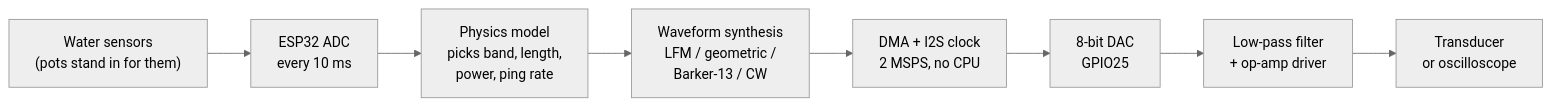
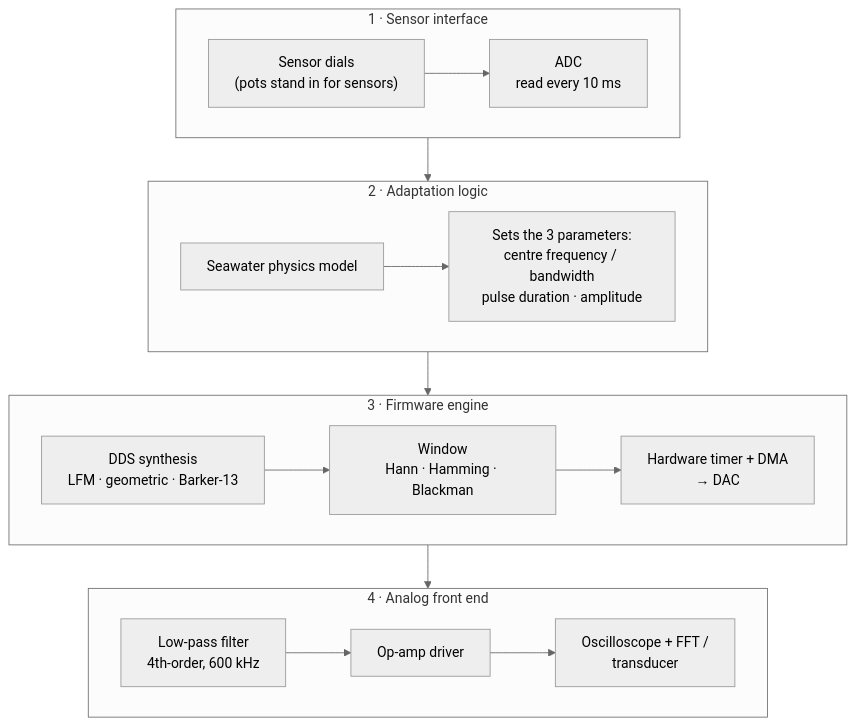
Before and after one commit to Surjune/Lightning-Logics-Hardware: the diagram in README.md, drawn with Mermaid (neutral theme). The commit also changed other lines of this file and 7 other files, not shown here.

````diff
--- a/README.md
+++ b/README.md
@@ -37,10 +78,22 @@
 ```mermaid
-flowchart LR
-    A["Water sensors<br>(pots stand in for them)"] --> B["ESP32 ADC<br>every 10 ms"]
-    B --> C["Physics model<br>picks band, length,<br>power, ping rate"]
-    C --> D["Waveform synthesis<br>LFM / geometric /<br>Barker-13 / CW"]
-    D --> E["DMA + I2S clock<br>2 MSPS, no CPU"]
-    E --> F["8-bit DAC<br>GPIO25"]
-    F --> G["Low-pass filter<br>+ op-amp driver"]
-    G --> H["Transducer<br>or oscilloscope"]
+flowchart TB
+    subgraph M1["1 · Sensor interface"]
+        direction LR
+        A["Sensor dials<br>(pots stand in for sensors)"] --> B["ADC<br>read every 10 ms"]
+    end
+    subgraph M2["2 · Adaptation logic"]
+        direction LR
+        C["Seawater physics model"] --> P["Sets the 3 parameters:<br>centre frequency / bandwidth<br>pulse duration · amplitude"]
+    end
+    subgraph M3["3 · Firmware engine"]
+        direction LR
+        D["DDS synthesis<br>LFM · geometric · Barker-13"] --> E["Window<br>Hann · Hamming · Blackman"]
+        E --> F["Hardware timer + DMA<br>→ DAC"]
+    end
+    subgraph M4["4 · Analog front end"]
+        direction LR
+        G["Low-pass filter<br>4th-order, 600 kHz"] --> H["Op-amp driver"]
+        H --> I["Oscilloscope + FFT /<br>transducer"]
+    end
+    M1 --> M2 --> M3 --> M4
 ```
````
